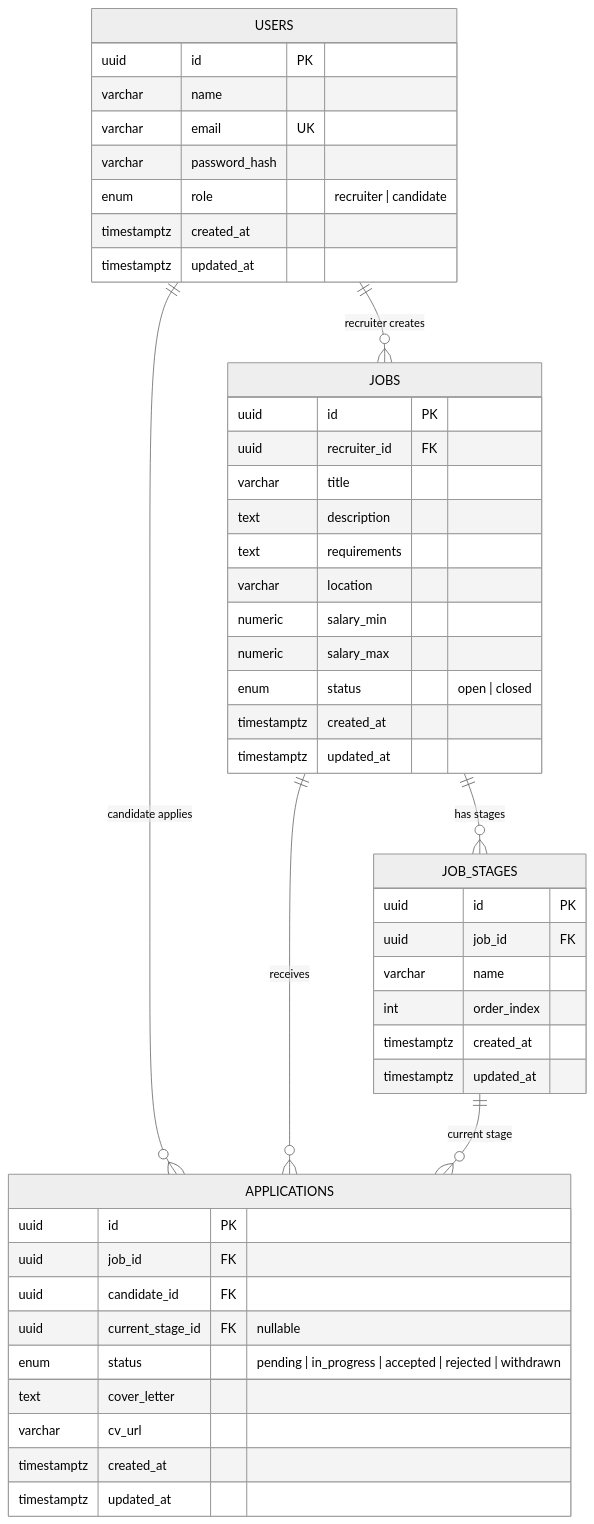
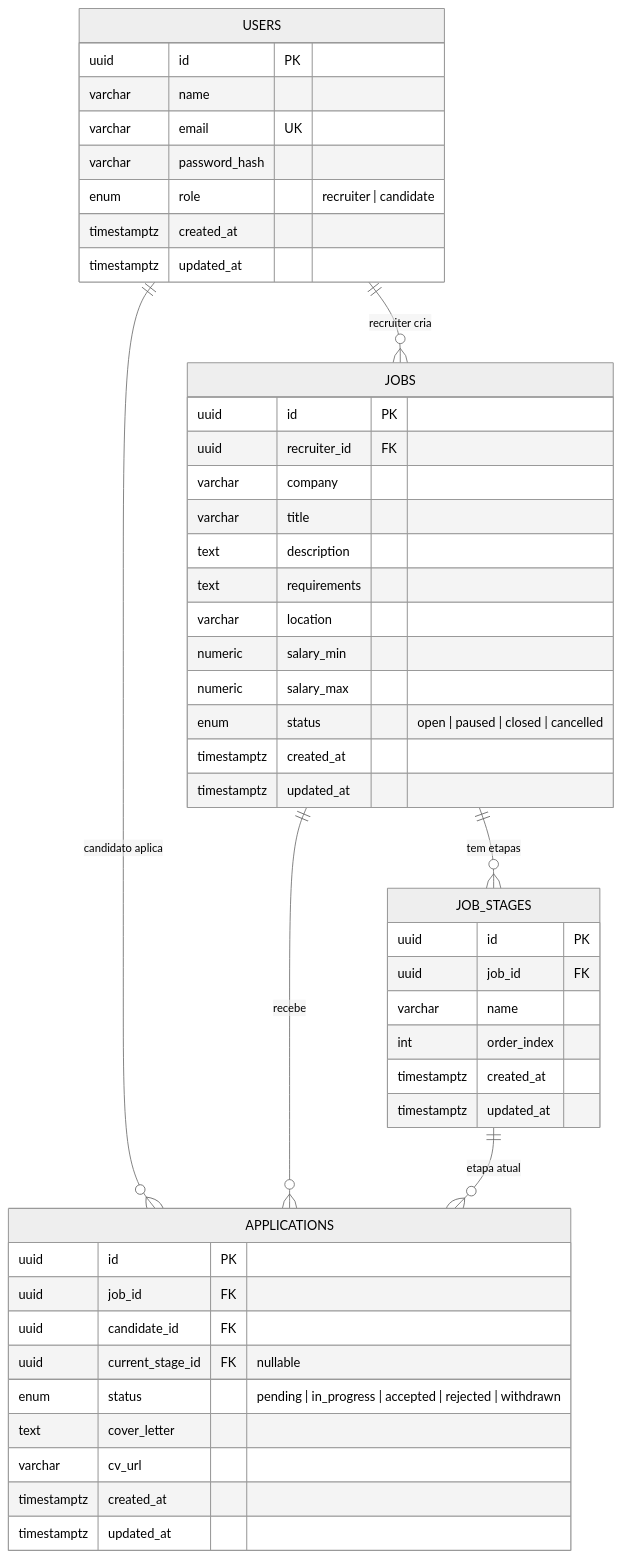
Before and after one commit to rafaelmf3/recruitment-selection: the first of 2 diagrams in recruitment-selection/README.md, drawn with Mermaid (neutral theme). The commit also changed other lines of this file and 15 other files, not shown here.

````diff
--- a/recruitment-selection/README.md
+++ b/recruitment-selection/README.md
@@ -67,53 +99,54 @@
 ```mermaid
 erDiagram
     USERS {
         uuid id PK
         varchar name
         varchar email UK
         varchar password_hash
         enum role "recruiter | candidate"
         timestamptz created_at
         timestamptz updated_at
     }
 
     JOBS {
         uuid id PK
         uuid recruiter_id FK
+        varchar company
         varchar title
         text description
         text requirements
         varchar location
         numeric salary_min
         numeric salary_max
-        enum status "open | closed"
+        enum status "open | paused | closed | cancelled"
         timestamptz created_at
         timestamptz updated_at
     }
 
     JOB_STAGES {
         uuid id PK
         uuid job_id FK
         varchar name
         int order_index
         timestamptz created_at
         timestamptz updated_at
     }
 
     APPLICATIONS {
         uuid id PK
         uuid job_id FK
         uuid candidate_id FK
         uuid current_stage_id FK "nullable"
         enum status "pending | in_progress | accepted | rejected | withdrawn"
         text cover_letter
         varchar cv_url
         timestamptz created_at
         timestamptz updated_at
     }
 
-    USERS ||--o{ JOBS : "recruiter creates"
-    USERS ||--o{ APPLICATIONS : "candidate applies"
-    JOBS ||--o{ JOB_STAGES : "has stages"
-    JOBS ||--o{ APPLICATIONS : "receives"
-    JOB_STAGES ||--o{ APPLICATIONS : "current stage"
+    USERS ||--o{ JOBS : "recruiter cria"
+    USERS ||--o{ APPLICATIONS : "candidato aplica"
+    JOBS ||--o{ JOB_STAGES : "tem etapas"
+    JOBS ||--o{ APPLICATIONS : "recebe"
+    JOB_STAGES ||--o{ APPLICATIONS : "etapa atual"
 ```
````
